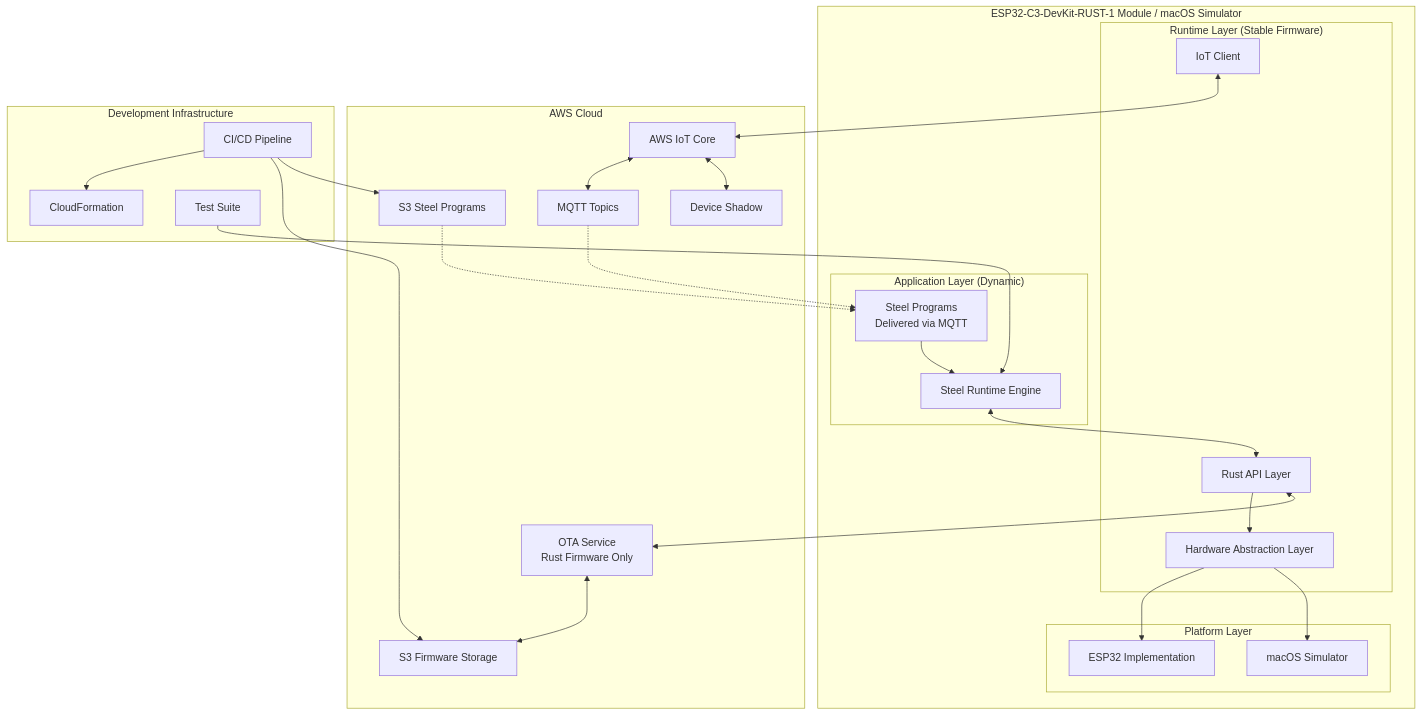
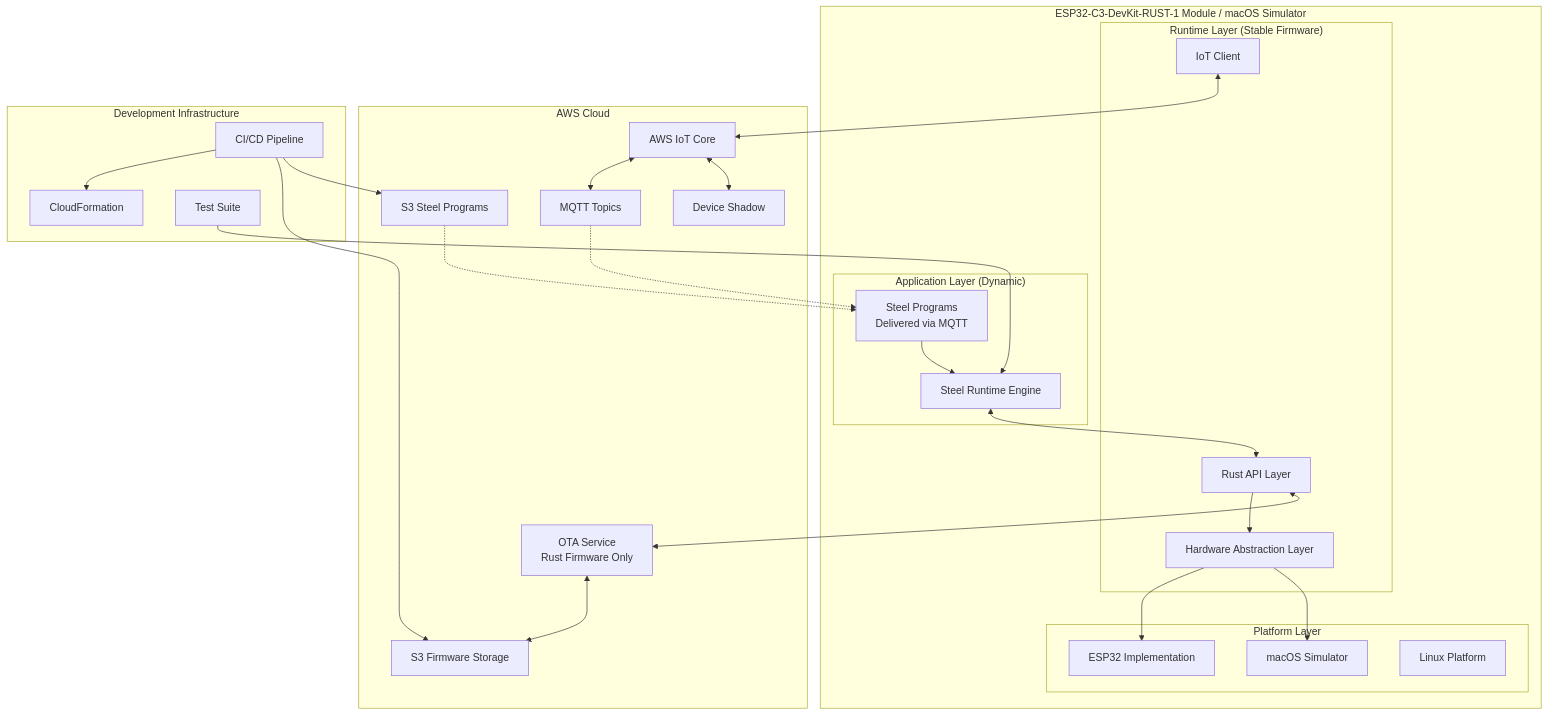
Before and after one commit to mparkachov/aws-iot-steel: the first of 5 diagrams in .kiro/specs/aws-iot-steel/design.md, drawn with Mermaid. The commit also changed other lines of this file and 68 other files, not shown here.

Commit message:
Added aws-iot-platform-linux and corrected Actions pipeline to use it

````diff
--- a/.kiro/specs/aws-iot-steel/design.md
+++ b/.kiro/specs/aws-iot-steel/design.md
@@ -15,55 +15,56 @@
 ```mermaid
 graph TB
     subgraph "ESP32-C3-DevKit-RUST-1 Module / macOS Simulator"
         subgraph "Application Layer (Dynamic)"
             SteelPrograms[Steel Programs<br/>Delivered via MQTT]
             SteelRuntime[Steel Runtime Engine]
         end
         
         subgraph "Runtime Layer (Stable Firmware)"
             RustAPI[Rust API Layer]
             HAL[Hardware Abstraction Layer]
             IoTClient[IoT Client]
         end
         
         subgraph "Platform Layer"
             ESP32[ESP32 Implementation] 
             MacOS[macOS Simulator]
+            Linux[Linux Platform]
         end
     end
     
     subgraph "AWS Cloud"
         IoT[AWS IoT Core]
         MQTT[MQTT Topics]
         Shadow[Device Shadow]
         OTA[OTA Service<br/>Rust Firmware Only]
         S3Programs[S3 Steel Programs]
         S3Firmware[S3 Firmware Storage]
     end
     
     subgraph "Development Infrastructure"
         CF[CloudFormation]
         CICD[CI/CD Pipeline]
         Tests[Test Suite]
     end
     
     SteelPrograms --> SteelRuntime
     SteelRuntime <--> RustAPI
     RustAPI --> HAL
     HAL --> ESP32
     HAL --> MacOS
     
     IoTClient <--> IoT
     IoT <--> MQTT
     IoT <--> Shadow
     MQTT -.-> SteelPrograms
     S3Programs -.-> SteelPrograms
     
     RustAPI <--> OTA
     OTA <--> S3Firmware
     
     CICD --> CF
     CICD --> S3Firmware
     CICD --> S3Programs
     Tests --> SteelRuntime
 ```
````
